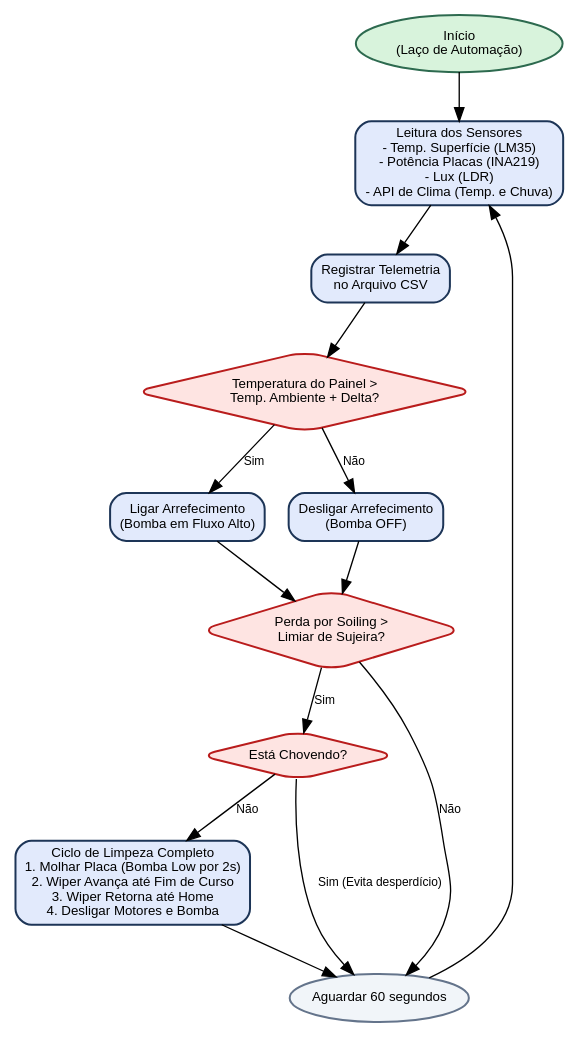
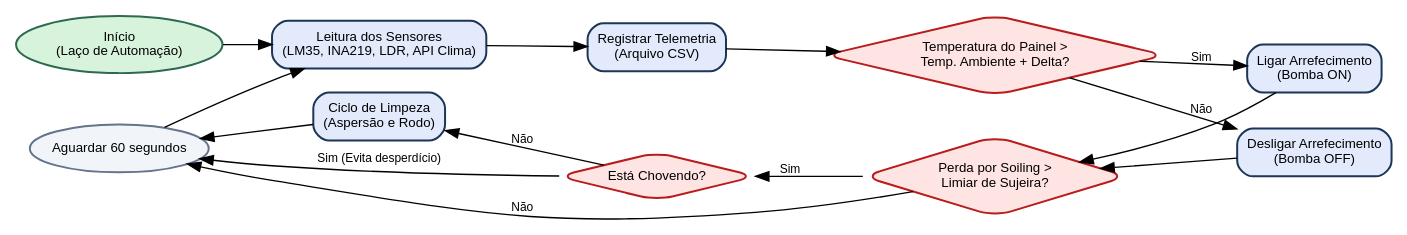
Before and after one commit to RukasuDesuu/auto-cleaning-solar-panel: the diagram in docs/Article/fluxograma.dot, drawn with Graphviz. The commit also changed 13 other files, not shown here.

Commit message:
doc: atualiza artigo do conict com novo fluxograma, diagrama e metodologia de ensaios

```diff
--- a/docs/Article/fluxograma.dot
+++ b/docs/Article/fluxograma.dot
@@ -1,45 +1,53 @@
 digraph G {
+    rankdir=LR
     fontname="Helvetica,Arial,sans-serif"
     node [fontname="Helvetica,Arial,sans-serif" fontsize=10]
     edge [fontname="Helvetica,Arial,sans-serif" fontsize=9]
 
     // Estilos de Nós
     node [shape=box, style="filled,rounded", color="#1d3557", fillcolor="#e2eafc", penwidth=1.5]
     start [label="Início\n(Laço de Automação)", shape=ellipse, fillcolor="#d8f3dc", color="#2d6a4f"]
-    read_sensors [label="Leitura dos Sensores\n- Temp. Superfície (LM35)\n- Potência Placas (INA219)\n- Lux (LDR)\n- API de Clima (Temp. e Chuva)"]
-    log_csv [label="Registrar Telemetria\nno Arquivo CSV"]
+    read_sensors [label="Leitura dos Sensores\n(LM35, INA219, LDR, API Clima)"]
+    log_csv [label="Registrar Telemetria\n(Arquivo CSV)"]
     
     // Decisão de Temperatura
     dec_temp [label="Temperatura do Painel >\nTemp. Ambiente + Delta?", shape=diamond, fillcolor="#fee4e2", color="#b91c1c"]
-    cool_on [label="Ligar Arrefecimento\n(Bomba em Fluxo Alto)"]
+    cool_on [label="Ligar Arrefecimento\n(Bomba ON)"]
     cool_off [label="Desligar Arrefecimento\n(Bomba OFF)"]
 
     // Decisão de Sujeira
     dec_soil [label="Perda por Soiling >\nLimiar de Sujeira?", shape=diamond, fillcolor="#fee4e2", color="#b91c1c"]
     dec_rain [label="Está Chovendo?", shape=diamond, fillcolor="#fee4e2", color="#b91c1c"]
-    clean_cycle [label="Ciclo de Limpeza Completo\n1. Molhar Placa (Bomba Low por 2s)\n2. Wiper Avança até Fim de Curso\n3. Wiper Retorna até Home\n4. Desligar Motores e Bomba"]
+    clean_cycle [label="Ciclo de Limpeza\n(Aspersão e Rodo)"]
     
     wait_state [label="Aguardar 60 segundos", shape=ellipse, fillcolor="#f1f5f9", color="#64748b"]
 
-    // Conexões
+    // Alinhamento de colunas (Ranks)
+    { rank=same; start; wait_state; }
+    { rank=same; read_sensors; clean_cycle; }
+    { rank=same; log_csv; dec_rain; }
+    { rank=same; dec_temp; dec_soil; }
+
+    // Conexões - Linha Superior (Fluxo Esquerda -> Direita)
     start -> read_sensors;
     read_sensors -> log_csv;
     log_csv -> dec_temp;
-    
-    // Ramo de Temperatura
     dec_temp -> cool_on [label="Sim"];
     dec_temp -> cool_off [label="Não"];
     
+    // Conexão entre Linhas (Fluxo Direita -> Descendente)
     cool_on -> dec_soil;
     cool_off -> dec_soil;
     
-    // Ramo de Sujeira
-    dec_soil -> dec_rain [label="Sim"];
-    dec_soil -> wait_state [label="Não"];
+    // Conexões - Linha Inferior (Fluxo Direita -> Esquerda, usando dir=back)
+    dec_rain -> dec_soil [dir=back, label="Sim"];
+    clean_cycle -> dec_rain [dir=back, label="Não"];
+    wait_state -> clean_cycle [dir=back];
     
-    dec_rain -> clean_cycle [label="Não"];
-    dec_rain -> wait_state [label="Sim (Evita desperdício)"];
+    // Desvios adicionais para a espera
+    wait_state -> dec_soil [dir=back, label="Não"];
+    wait_state -> dec_rain [dir=back, label="Sim (Evita desperdício)"];
     
-    clean_cycle -> wait_state;
-    wait_state -> read_sensors;
+    // Loop de retorno para o início (Fluxo Esquerda -> Ascendente)
+    read_sensors -> wait_state [dir=back];
 }
```
